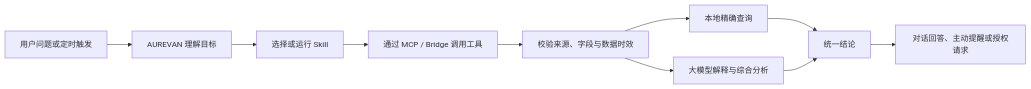
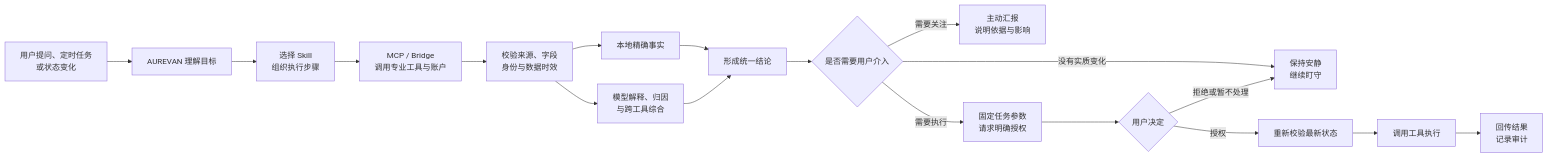
The second of 3 diagrams in README.md (zhoujianli1990-hue/aurevan-product-case), drawn with Mermaid before and after one commit. The commit also changed other lines of this file, not shown here.

````diff
--- a/README.md
+++ b/README.md
@@ -70,12 +87,20 @@
 ```mermaid
 flowchart LR
-    U["用户问题或定时触发"] --> A["AUREVAN 理解目标"]
-    A --> S["选择或运行 Skill"]
-    S --> M["通过 MCP / Bridge 调用工具"]
-    M --> V["校验来源、字段与数据时效"]
-    V --> Q["本地精确查询"]
-    V --> L["大模型解释与综合分析"]
-    Q --> R["统一结论"]
+    T["用户提问、定时任务<br/>或状态变化"] --> A["AUREVAN 理解目标"]
+    A --> S["选择 Skill<br/>组织执行步骤"]
+    S --> C["MCP / Bridge<br/>调用专业工具与账户"]
+    C --> V["校验来源、字段<br/>身份与数据时效"]
+    V --> F["本地精确事实"]
+    V --> L["模型解释、归因<br/>与跨工具综合"]
+    F --> R["形成统一结论"]
     L --> R
-    R --> N["对话回答、主动提醒或授权请求"]
+    R --> D{"是否需要用户介入"}
+    D -->|"没有实质变化"| W["保持安静<br/>继续盯守"]
+    D -->|"需要关注"| N["主动汇报<br/>说明依据与影响"]
+    D -->|"需要执行"| P["固定任务参数<br/>请求明确授权"]
+    P --> H{"用户决定"}
+    H -->|"拒绝或暂不处理"| W
+    H -->|"授权"| X["重新校验最新状态"]
+    X --> E["调用工具执行"]
+    E --> O["回传结果<br/>记录审计"]
 ```
````
